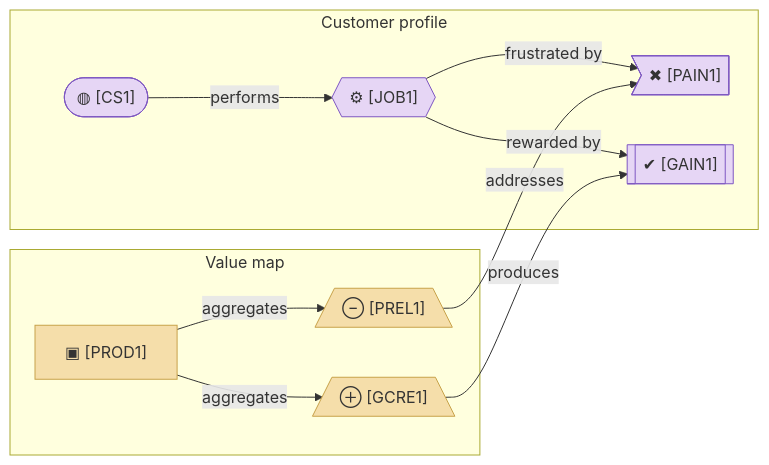
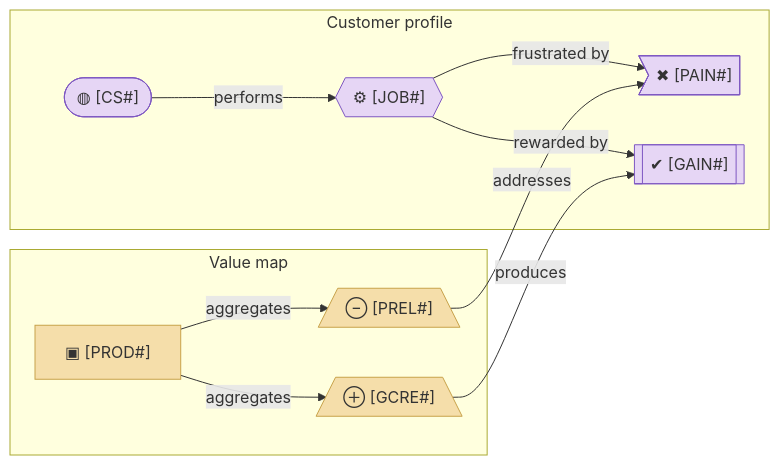
One commit to roanboc/archreator changed the diagram in plugins/archreator/scaffold/architecture/0_business-design/README.md. Above: the diagram before and after it, drawn with Mermaid. The commit also changed 9 other files, not shown here.

````diff
--- a/plugins/archreator/scaffold/architecture/0_business-design/README.md
+++ b/plugins/archreator/scaffold/architecture/0_business-design/README.md
@@ -109,26 +109,26 @@
 ```mermaid
 flowchart LR
   subgraph PROFILE["Customer profile"]
-    seg(["◍ <Who we serve> [CS1]"]):::motivation
-    job{{"⚙ <What they're trying to do> [JOB1]"}}:::motivation
-    pain>"✖ <What hurts today> [PAIN1]"]:::motivation
-    gain[["✔ <What they'd call a win> [GAIN1]"]]:::motivation
+    seg(["◍ <Who we serve> [CS#]"]):::motivation
+    job{{"⚙ <What they're trying to do> [JOB#]"}}:::motivation
+    pain>"✖ <What hurts today> [PAIN#]"]:::motivation
+    gain[["✔ <What they'd call a win> [GAIN#]"]]:::motivation
   end
 
   subgraph VALUEMAP["Value map"]
-    prod["▣ <What we offer> [PROD1]"]:::strategy
-    prel[/"⊖ <How it removes the pain> [PREL1]"\]:::strategy
-    gcre[/"⊕ <How it produces the gain> [GCRE1]"\]:::strategy
+    prod["▣ <What we offer> [PROD#]"]:::strategy
+    prel[/"⊖ <How it removes the pain> [PREL#]"\]:::strategy
+    gcre[/"⊕ <How it produces the gain> [GCRE#]"\]:::strategy
   end
 
   seg -->|performs| job
   job -->|frustrated by| pain
   job -->|rewarded by| gain
   prod -->|aggregates| prel
   prod -->|aggregates| gcre
   prel -->|addresses| pain
   gcre -->|produces| gain
 
   classDef motivation fill:#e6d6f5,stroke:#7e57c2,color:#333
   classDef strategy fill:#f5deaa,stroke:#c8a24a,color:#333
 ```
````
